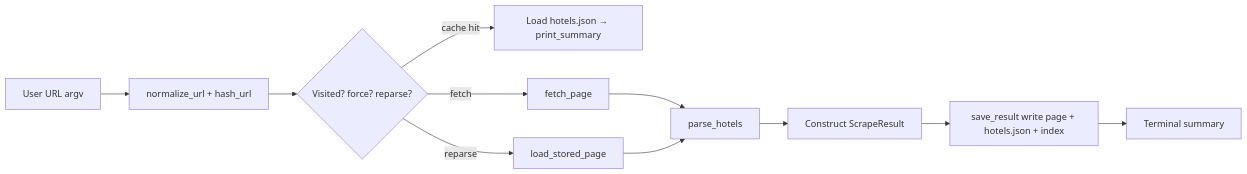
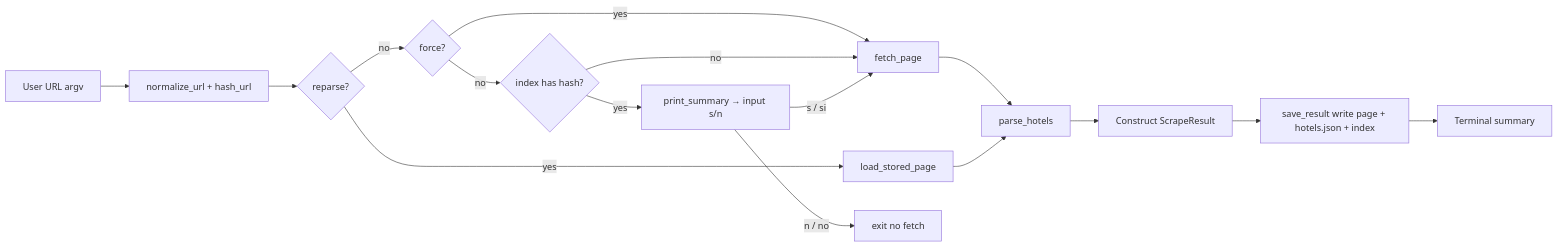
One commit to rita-antani-ai/booking-scraper changed the diagram in PRD.md. Above: the diagram before and after it, drawn with Mermaid. The commit also changed other lines of this file and 1 other file, not shown here.

Commit message:
feat: ask confirmation before overwriting cached scrape results
When a URL was already scraped, show existing results and ask user
confirmation before re-fetching. --force bypasses the prompt.
Updated PRD section 4.7 with the new confirmation flow.

````diff
--- a/PRD.md
+++ b/PRD.md
@@ -236,13 +237,18 @@
 ```mermaid
 flowchart LR
   A[User URL argv] --> B[normalize_url + hash_url]
-  B --> C{Visited? force? reparse?}
-  C -->|cache hit| D[Load hotels.json → print_summary]
-  C -->|reparse| E[load_stored_page]
-  C -->|fetch| F[fetch_page]
-  F --> G[parse_hotels]
-  E --> G
-  G --> H[Construct ScrapeResult]
-  H --> I[save_result write page + hotels.json + index]
-  I --> J[Terminal summary]
+  B --> C{reparse?}
+  C -->|yes| E[load_stored_page]
+  C -->|no| Q{force?}
+  Q -->|yes| F[fetch_page]
+  Q -->|no| R{index has hash?}
+  R -->|no| F
+  R -->|yes| G[print_summary → input s/n]
+  G -->|n / no| Z[exit no fetch]
+  G -->|s / si| F
+  F --> H[parse_hotels]
+  E --> H
+  H --> I[Construct ScrapeResult]
+  I --> J[save_result write page + hotels.json + index]
+  J --> K[Terminal summary]
 ```
````
